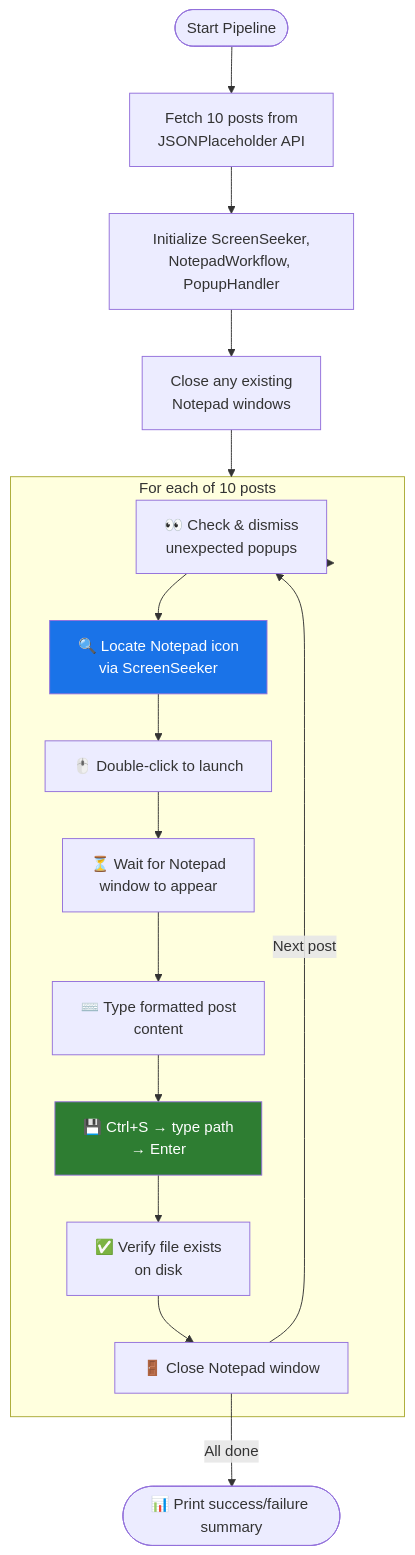
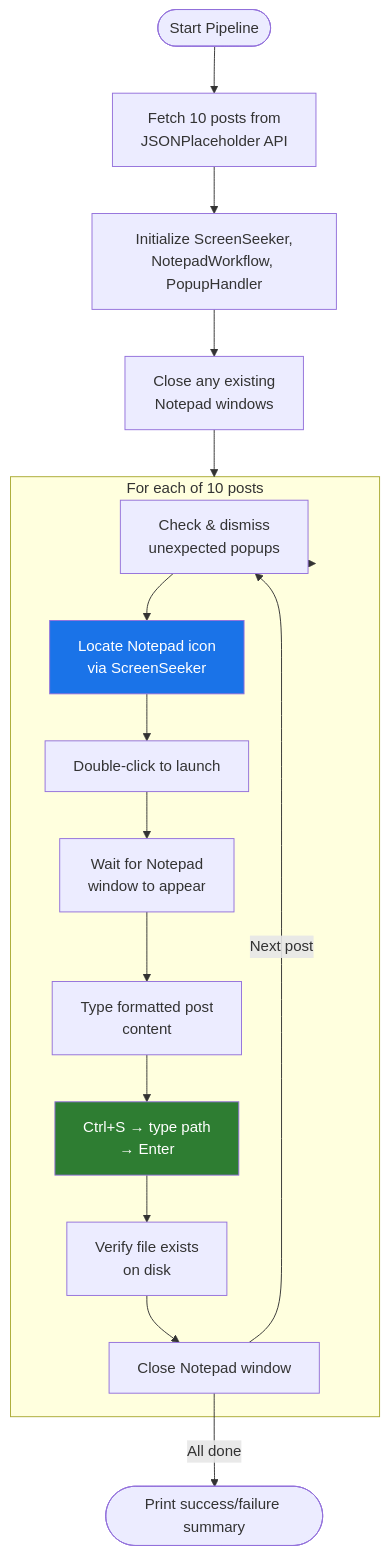
One commit to ZiadMD/ScreenSeekeR-Desktop-Automation changed diagram 15 of 19 in doc/methodology.md. Above: the diagram before and after it, drawn with Mermaid. The commit also changed other lines of this file and 3 other files, not shown here.

````diff
--- a/doc/methodology.md
+++ b/doc/methodology.md
@@ -659,29 +659,29 @@
 ```mermaid
 flowchart TD
     START(["Start Pipeline"])
     FETCH["Fetch 10 posts from<br/>JSONPlaceholder API"]
     INIT["Initialize ScreenSeeker,<br/>NotepadWorkflow, PopupHandler"]
     CLEAN["Close any existing<br/>Notepad windows"]
 
     subgraph Loop["For each of 10 posts"]
-        POPUP["👀 Check & dismiss<br/>unexpected popups"]
-        LAUNCH["🔍 Locate Notepad icon<br/>via ScreenSeeker"]
-        DCLICK["🖱️ Double-click to launch"]
-        WAIT["⏳ Wait for Notepad<br/>window to appear"]
-        TYPE["⌨️ Type formatted post<br/>content"]
-        SAVE["💾 Ctrl+S → type path<br/>→ Enter"]
-        VERIFY["✅ Verify file exists<br/>on disk"]
-        CLOSE["🚪 Close Notepad window"]
+        POPUP["Check & dismiss<br/>unexpected popups"]
+        LAUNCH["Locate Notepad icon<br/>via ScreenSeeker"]
+        DCLICK["Double-click to launch"]
+        WAIT["Wait for Notepad<br/>window to appear"]
+        TYPE["Type formatted post<br/>content"]
+        SAVE["Ctrl+S → type path<br/>→ Enter"]
+        VERIFY["Verify file exists<br/>on disk"]
+        CLOSE["Close Notepad window"]
     end
 
-    SUMMARY(["📊 Print success/failure summary"])
+    SUMMARY(["Print success/failure summary"])
 
     START --> FETCH --> INIT --> CLEAN --> Loop
     Loop --> POPUP --> LAUNCH --> DCLICK --> WAIT
     WAIT --> TYPE --> SAVE --> VERIFY --> CLOSE
     CLOSE -->|Next post| POPUP
     CLOSE -->|All done| SUMMARY
 
     style LAUNCH fill:#1a73e8,color:#fff
     style SAVE fill:#2e7d32,color:#fff
 ```
````
